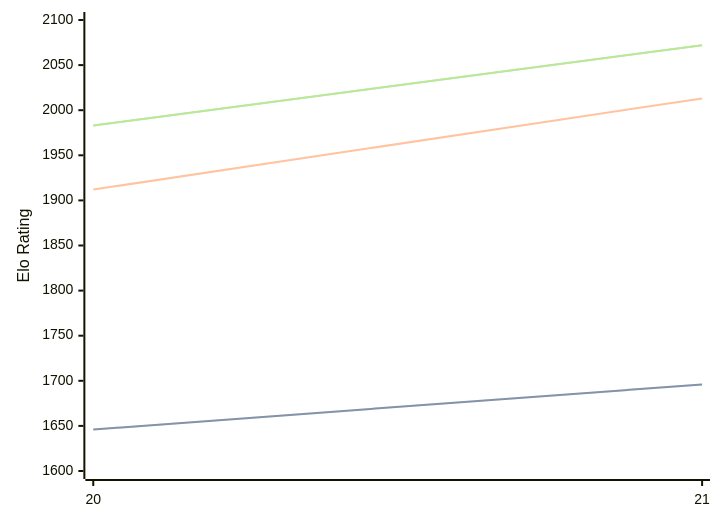
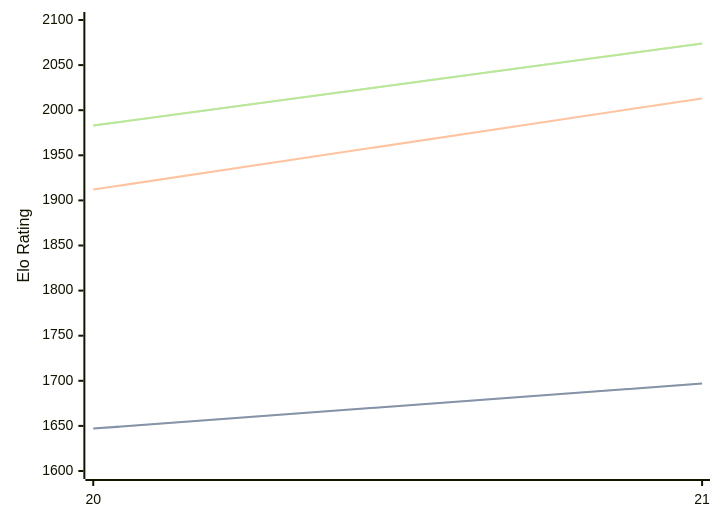
One commit to computer-chess-index/cci changed the diagram in engines/PurplePanda.md. Above: the diagram before and after it, drawn with Mermaid. The commit also changed other lines of this file, not shown here.

Commit message:
Update CCI Ratings (ELO VLTC) - 2026-09-14

````diff
--- a/engines/PurplePanda.md
+++ b/engines/PurplePanda.md
@@ -32,11 +32,11 @@
 ```mermaid
 %%{init: {"theme":"base","themeVariables":{"seriesColors:['#a3a3a3','#222221','#faa371']}}}%%
 xychart-beta
   x-axis ["20", "21"]
   y-axis "Elo Rating" 1600 --> 2100
-  line "" [1646, 1696]
-  line "STC (8.0+0.08s)" [1646, 1696]
+  line "" [1647, 1697]
+  line "STC (8.0+0.08s)" [1647, 1697]
   line "LTC (60.0+0.60s)" [1912, 2013]
-  line "" [1983, 2072]
-  line "VLTC (2m24s+1.12s)" [1983, 2072]
+  line "" [1983, 2074]
+  line "VLTC (2m24s+1.12s)" [1983, 2074]
 ```
````
